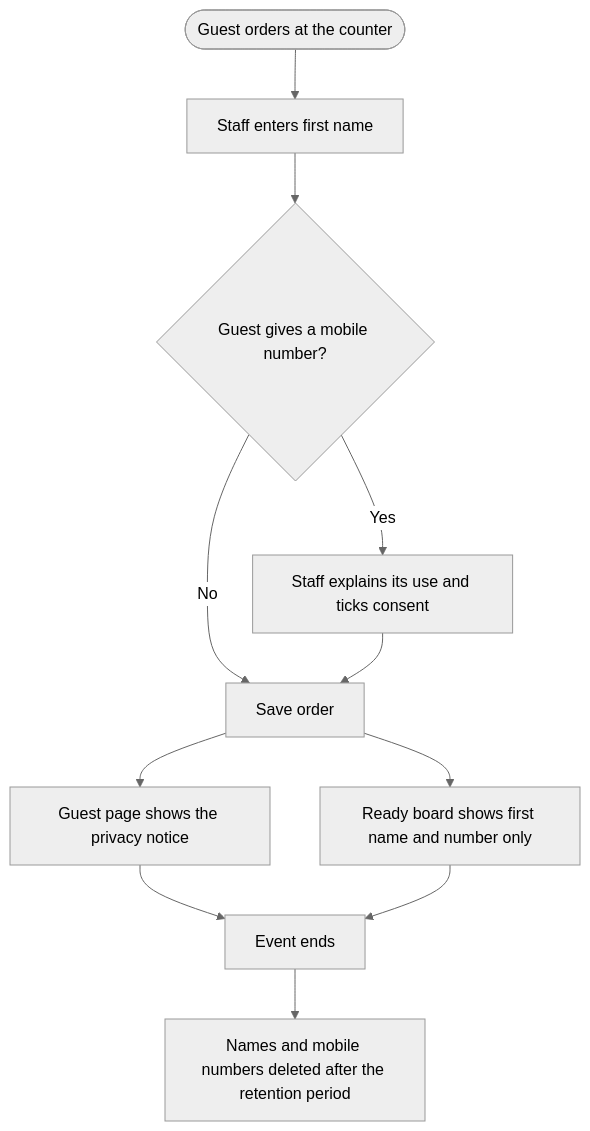
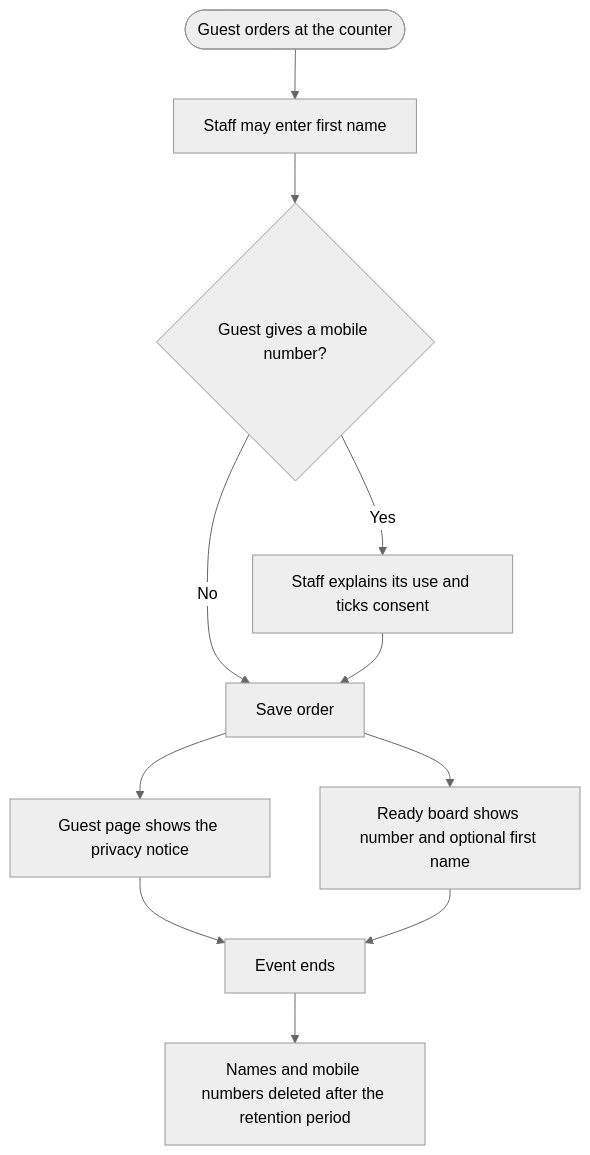
Before and after one commit to bnb-qms/beans-beats-qms: the diagram in docs/specs/F18-personal-data-handling.md, drawn with Mermaid (neutral theme). The commit also changed other lines of this file and 15 other files, not shown here.

````diff
--- a/docs/specs/F18-personal-data-handling.md
+++ b/docs/specs/F18-personal-data-handling.md
@@ -36,13 +36,13 @@
 ```mermaid
 flowchart TD
-    A([Guest orders at the counter]) --> B[Staff enters first name]
+    A([Guest orders at the counter]) --> B[Staff may enter first name]
     B --> C{Guest gives a mobile number?}
     C -->|No| E[Save order]
     C -->|Yes| D[Staff explains its use and ticks consent]
     D --> E
     E --> F[Guest page shows the privacy notice]
-    E --> G[Ready board shows first name and number only]
+    E --> G[Ready board shows number and optional first name]
     F --> H[Event ends]
     G --> H
     H --> I[Names and mobile numbers deleted after the retention period]
 ```
````
